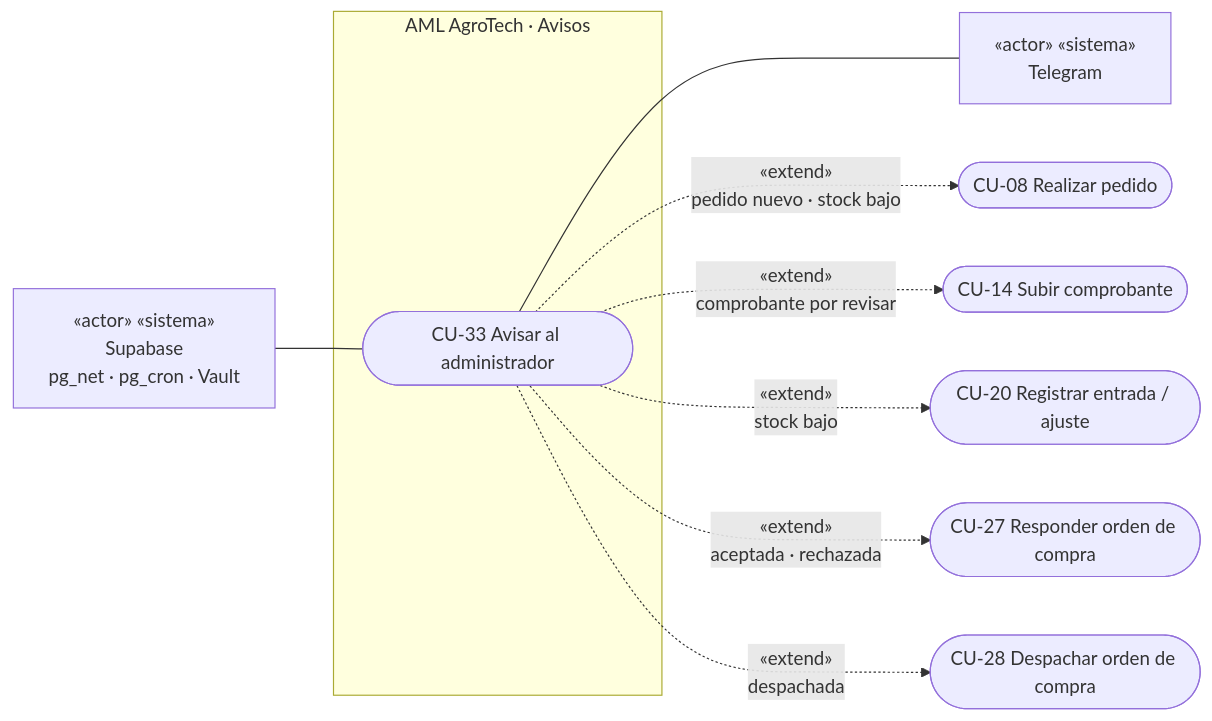
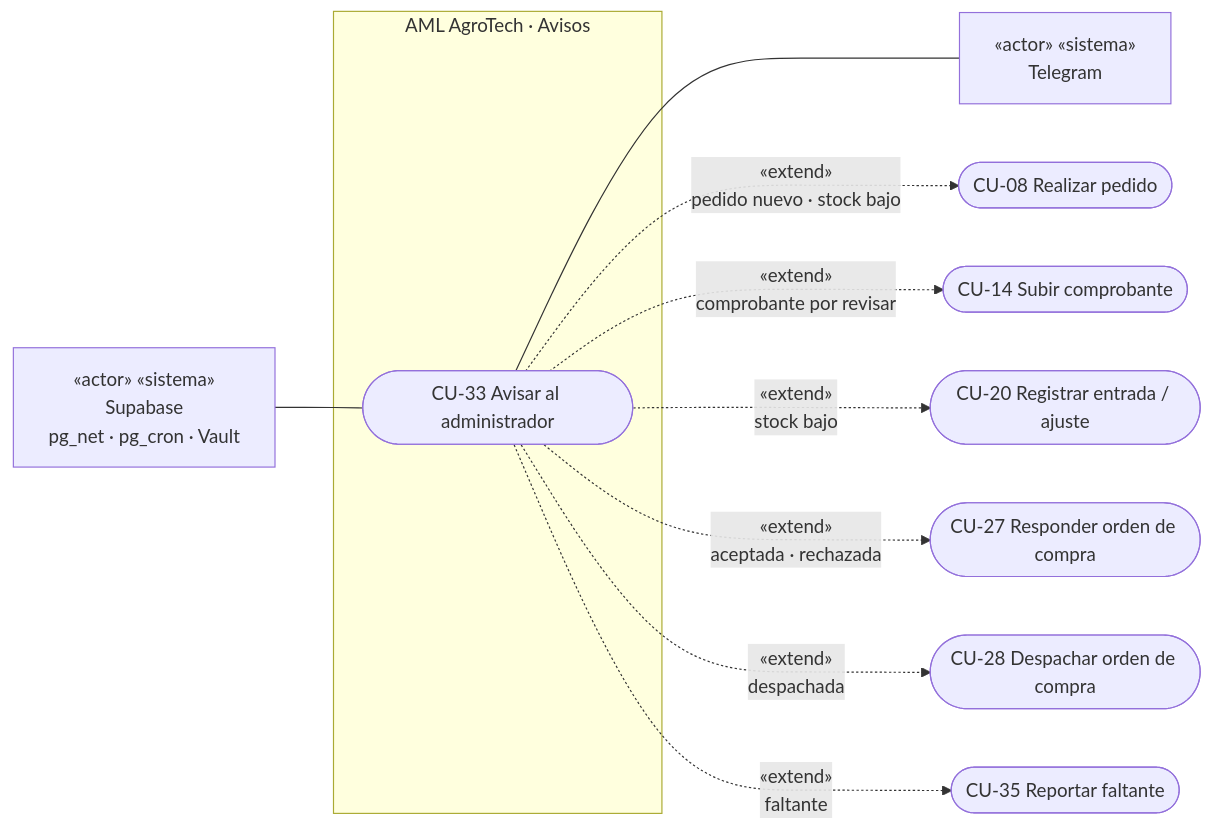
Before and after one commit to Almartinezlima/AML-AgroTech: the seventh of 8 diagrams in docs/uml/casos-de-uso.md, drawn with Mermaid. The commit also changed other lines of this file and 11 other files, not shown here.

Commit message:
docs(almacen): specs, casos de uso, UML (clases, estados, secuencia) y OpenAPI de la fase 9C

````diff
--- a/docs/uml/casos-de-uso.md
+++ b/docs/uml/casos-de-uso.md
@@ -183,20 +187,22 @@
 ```mermaid
 flowchart LR
   S["«actor» «sistema»<br/>Supabase<br/>pg_net · pg_cron · Vault"]
   T["«actor» «sistema»<br/>Telegram"]
   subgraph AVI["AML AgroTech · Avisos"]
     CU33(["CU-33 Avisar al administrador"])
   end
   CU08(["CU-08 Realizar pedido"])
   CU14(["CU-14 Subir comprobante"])
   CU20(["CU-20 Registrar entrada / ajuste"])
   CU27(["CU-27 Responder orden de compra"])
   CU28(["CU-28 Despachar orden de compra"])
   S --- CU33
   CU33 --- T
   CU33 -.->|«extend»<br/>pedido nuevo · stock bajo| CU08
   CU33 -.->|«extend»<br/>comprobante por revisar| CU14
   CU33 -.->|«extend»<br/>stock bajo| CU20
   CU33 -.->|«extend»<br/>aceptada · rechazada| CU27
   CU33 -.->|«extend»<br/>despachada| CU28
+  CU35b(["CU-35 Reportar faltante"])
+  CU33 -.->|«extend»<br/>faltante| CU35b
 ```
````
